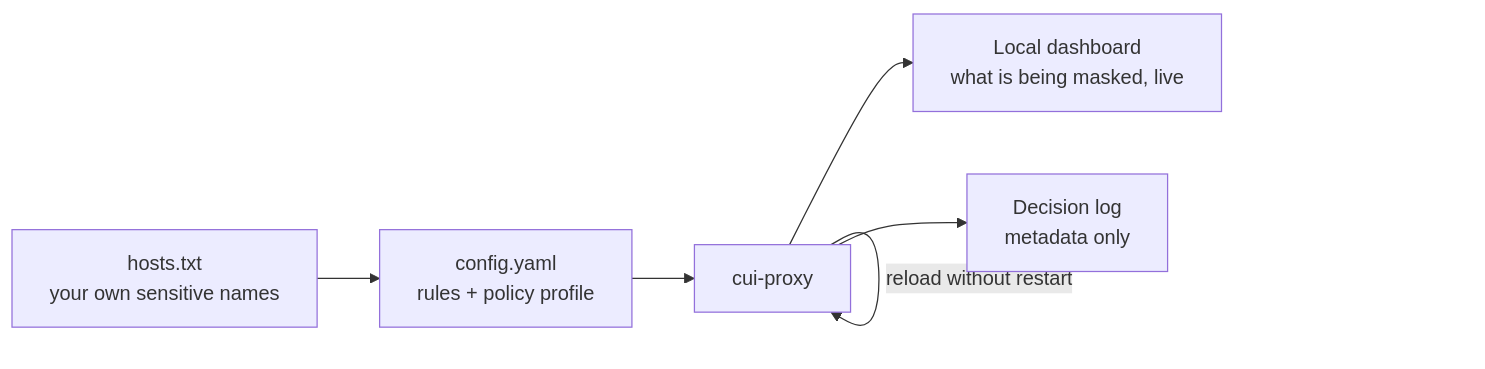
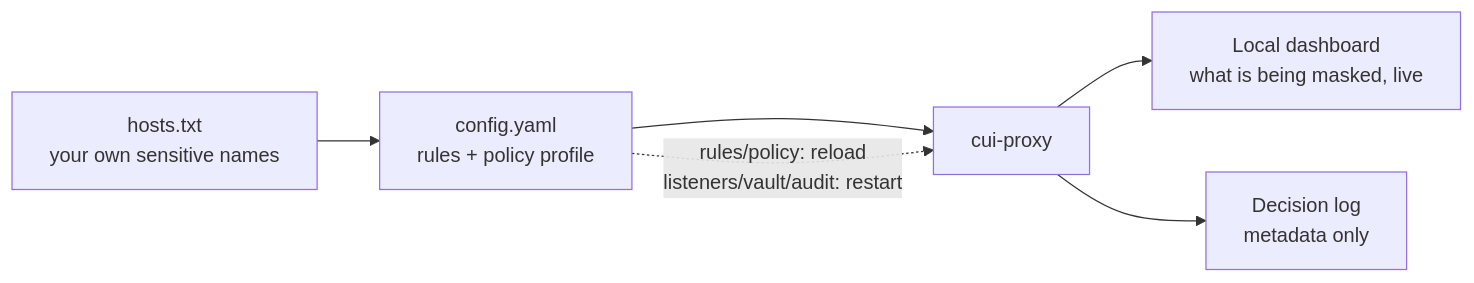
Before and after one commit to rozdolsky33/cui-proxy: the sixth of 6 diagrams in EXECUTIVE-OVERVIEW.md, drawn with Mermaid. The commit also changed other lines of this file and 12 other files, not shown here.

````diff
--- a/EXECUTIVE-OVERVIEW.md
+++ b/EXECUTIVE-OVERVIEW.md
@@ -206,8 +218,8 @@
 ```mermaid
 flowchart LR
     hosts["hosts.txt<br/>your own sensitive names"] --> cfg["config.yaml<br/>rules + policy profile"]
     cfg --> proxy["cui-proxy"]
-    proxy -- "reload without restart" --> proxy
+    cfg -. "rules/policy: reload<br/>listeners/vault/audit: restart" .-> proxy
     proxy --> dash["Local dashboard<br/>what is being masked, live"]
     proxy --> log["Decision log<br/>metadata only"]
 ```
````
